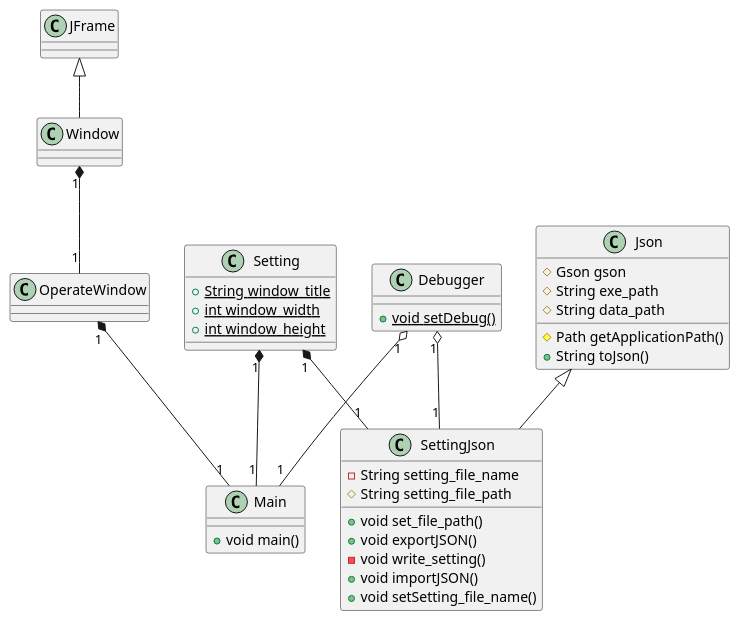
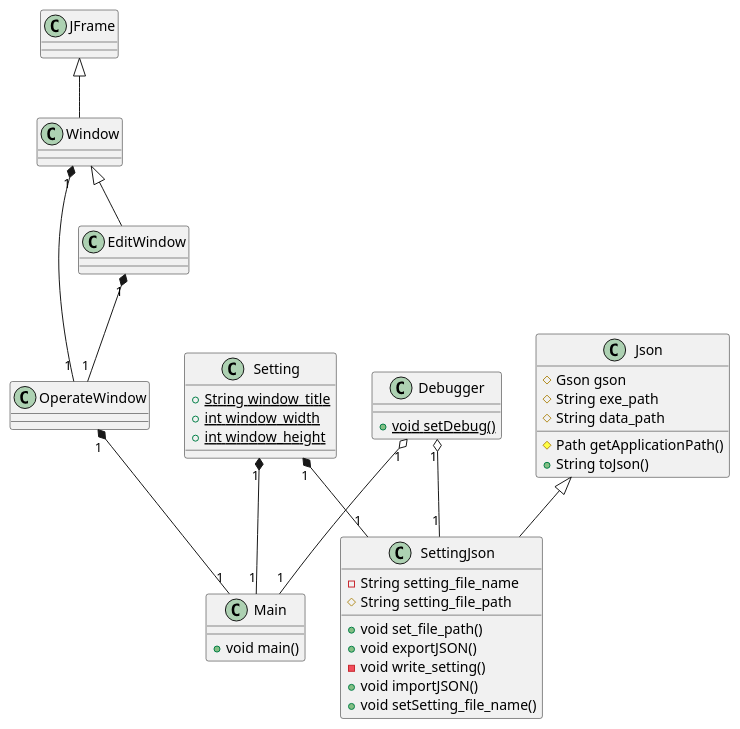
Before and after one commit to parsecmonkey/diary: the diagram in UML/class.pu, drawn with PlantUML. The commit also changed 1 other file, not shown here.

Commit message:
#7 クラス図にEditWindowを追加

```diff
--- a/UML/class.pu
+++ b/UML/class.pu
@@ -1,55 +1,59 @@
 @startuml
 ' クラス定義
 class Main {
     + void main()
 }
 
 class JFrame{
-
 }
 
 class Window {
+}
+
+class EditWindow {
 }
 
 class OperateWindow {
 }
 
 class Json {
     # Gson gson
     # String exe_path
     # String data_path
     # Path getApplicationPath()
     + String toJson()
 }
 
 class Setting {
     {static}+ String window_title
     {static}+ int window_width
     {static}+ int window_height
 }
 
 class SettingJson {    
     - String setting_file_name
     # String setting_file_path
     + void set_file_path()
     + void exportJSON()
     - void write_setting()
     + void importJSON()
     + void setSetting_file_name()
 }
 
 class Debugger{
     {static}+ void setDebug()
 }
 
 ' 関係
 ' Json <|-- SettingJson : 継承
 Json <|-- SettingJson
 JFrame <|-- Window
 Window "1" *-- "1" OperateWindow
+Window <|-- EditWindow
+EditWindow "1" *-- "1" OperateWindow
 OperateWindow "1" *-- "1" Main
 Setting "1" *-- "1" SettingJson
 Setting "1" *-- "1" Main
 Debugger "1" o-- "1" Main
 Debugger "1" o-- "1" SettingJson
 @enduml
```
